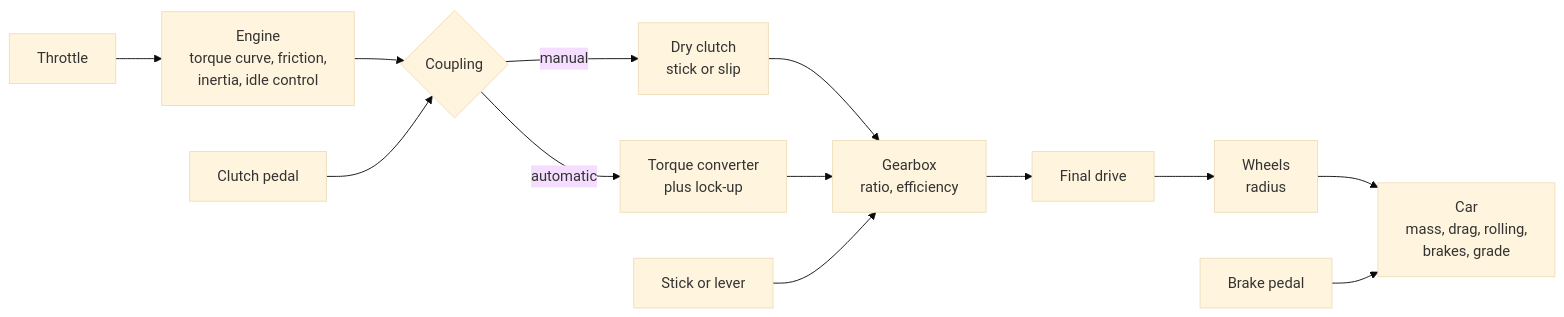
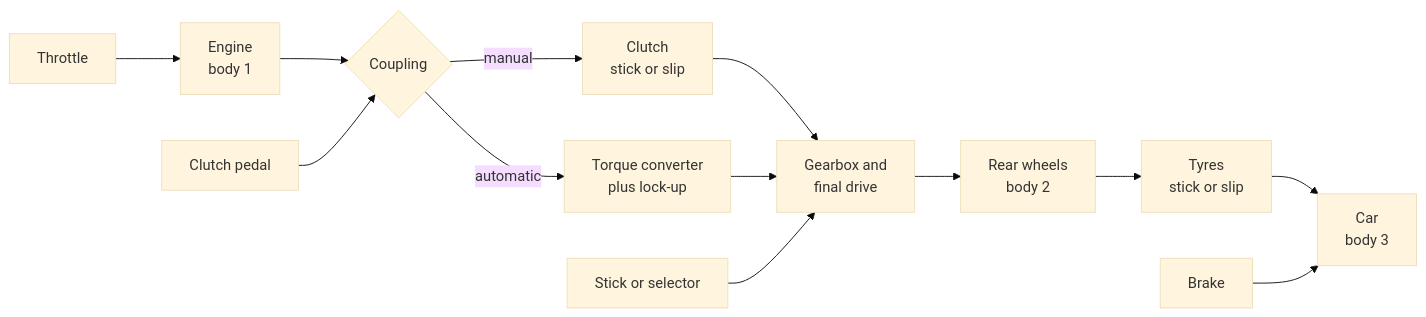
The second of 5 diagrams in pedalsim/requirements/03-architecture.md (MoAbboud/PortFolio), drawn with Mermaid (base theme) before and after one commit. The commit also changed other lines of this file and 6 other files, not shown here.

````diff
--- a/pedalsim/requirements/03-architecture.md
+++ b/pedalsim/requirements/03-architecture.md
@@ -49,15 +118,14 @@
 ```mermaid
 flowchart LR
-    TH[Throttle] --> ENG[Engine<br/>torque curve, friction,<br/>inertia, idle control]
+    TH[Throttle] --> ENG[Engine<br/>body 1]
     ENG --> CPL{Coupling}
     CP[Clutch pedal] --> CPL
-    CPL -->|manual| CLU[Dry clutch<br/>stick or slip]
+    CPL -->|manual| CLU[Clutch<br/>stick or slip]
     CPL -->|automatic| TC[Torque converter<br/>plus lock-up]
-    CLU --> GB[Gearbox<br/>ratio, efficiency]
-    TC --> GB
-    ST[Stick or lever] --> GB
-    GB --> FD[Final drive]
-    FD --> WH[Wheels<br/>radius]
-    WH --> CAR[Car<br/>mass, drag, rolling,<br/>brakes, grade]
-    BR[Brake pedal] --> CAR
+    CLU & TC --> GB[Gearbox and<br/>final drive]
+    ST[Stick or selector] --> GB
+    GB --> WH[Rear wheels<br/>body 2]
+    WH --> TY[Tyres<br/>stick or slip]
+    TY --> CAR[Car<br/>body 3]
+    BR[Brake] --> CAR
 ```
````
